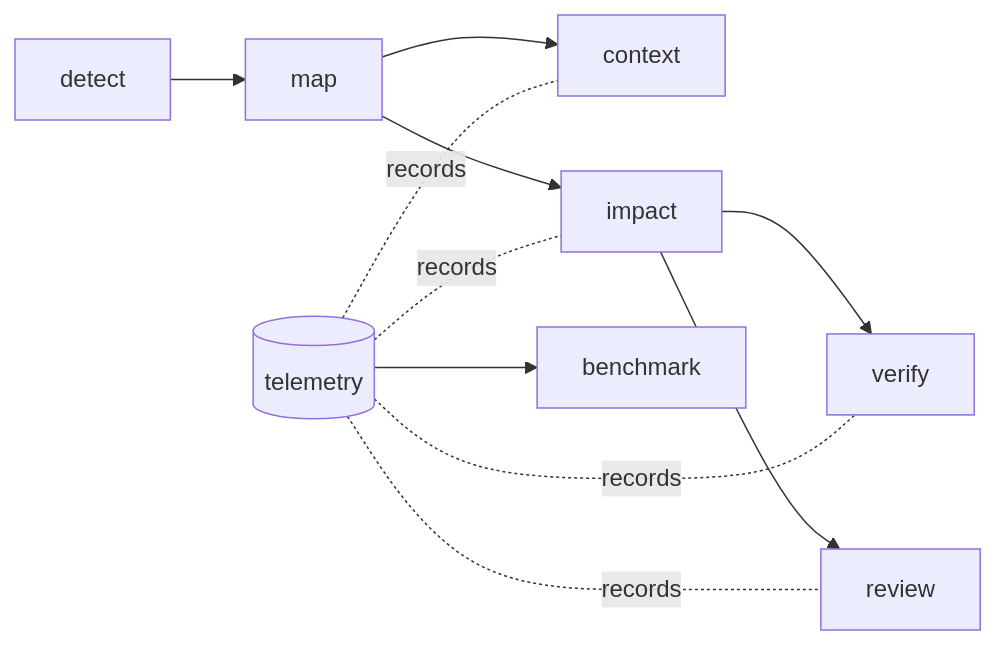
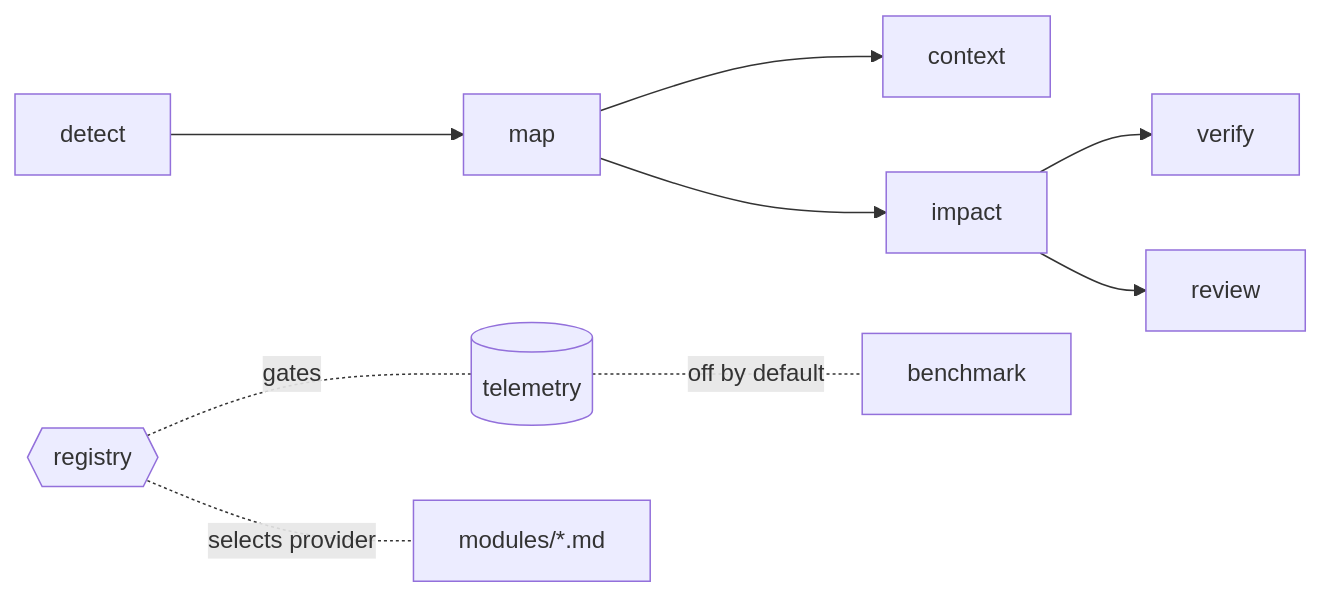
Before and after one commit to yindeejs/skill-yindee: the diagram in README.md, drawn with Mermaid. The commit also changed other lines of this file and 15 other files, not shown here.

First line of the commit message:
refactor: modular architecture and router-style SKILL.md (#2)

````diff
--- a/README.md
+++ b/README.md
@@ -52,13 +73,11 @@
 ```mermaid
 flowchart LR
     A[detect] --> B[map]
     B --> C[context]
     B --> D[impact]
     D --> E[verify]
     D --> F[review]
-    G[(telemetry)] -.records.- C
-    G -.records.- D
-    G -.records.- E
-    G -.records.- F
-    G --> H[benchmark]
+    R{{registry}} -.gates.- G
+    G[(telemetry)] -.off by default.- H[benchmark]
+    R -.selects provider.- M[modules/*.md]
 ```
````
